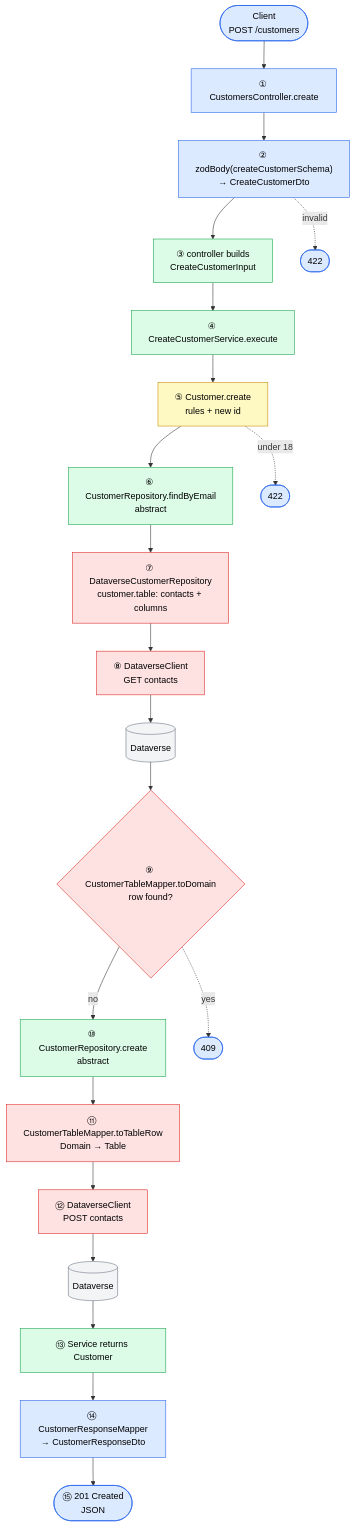
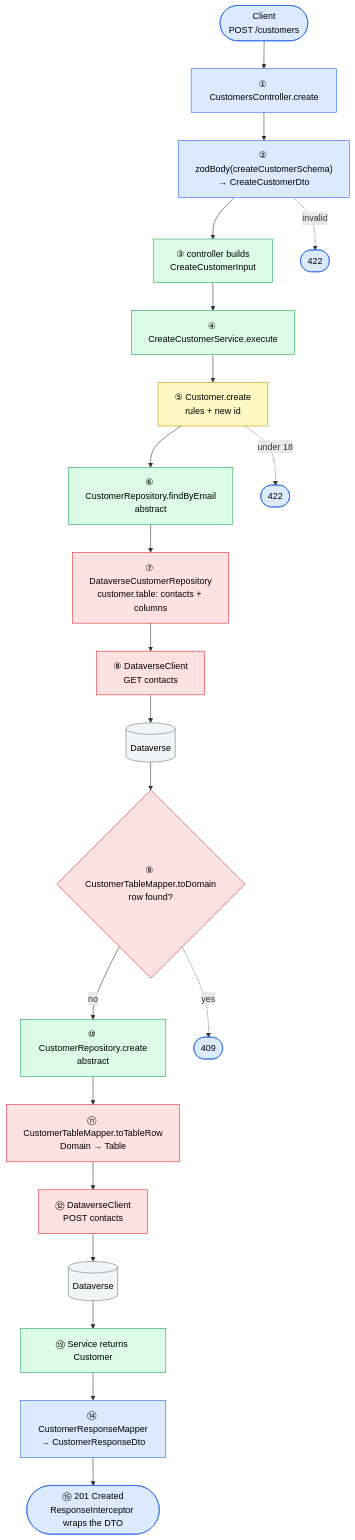
Before and after one commit to ahmed-nasr-ali/PHD_Backend_API_Layer: the first of 4 diagrams in docs/flow.md, drawn with Mermaid. The commit also changed other lines of this file and 48 other files, not shown here.

````diff
--- a/docs/flow.md
+++ b/docs/flow.md
@@ -7,35 +7,35 @@
 ```mermaid
 flowchart TB
     A(["Client<br/>POST /customers"]) --> S1["① CustomersController.create"]
     S1 --> S2["② zodBody(createCustomerSchema)<br/>→ CreateCustomerDto"]
     S2 --> S3["③ controller builds<br/>CreateCustomerInput"]
     S3 --> S4["④ CreateCustomerService.execute"]
     S4 --> S5["⑤ Customer.create<br/>rules + new id"]
     S5 --> S6["⑥ CustomerRepository.findByEmail<br/>abstract"]
     S6 --> S7["⑦ DataverseCustomerRepository<br/>customer.table: contacts + columns"]
     S7 --> S8["⑧ DataverseClient<br/>GET contacts"]
     S8 --> DV1[("Dataverse")]
     DV1 --> S9{"⑨ CustomerTableMapper.toDomain<br/>row found?"}
     S9 -->|no| S10["⑩ CustomerRepository.create<br/>abstract"]
     S10 --> S11["⑪ CustomerTableMapper.toTableRow<br/>Domain → Table"]
     S11 --> S12["⑫ DataverseClient<br/>POST contacts"]
     S12 --> DV2[("Dataverse")]
     DV2 --> S13["⑬ Service returns Customer"]
     S13 --> S14["⑭ CustomerResponseMapper<br/>→ CustomerResponseDto"]
-    S14 --> S15(["⑮ 201 Created<br/>JSON"])
+    S14 --> S15(["⑮ 201 Created<br/>ResponseInterceptor wraps the DTO"])
 
     S2 -.->|invalid| X2(["422"])
     S5 -.->|under 18| X5(["422"])
     S9 -.->|yes| X9(["409"])
 
     classDef pres fill:#dbeafe,stroke:#2563eb,color:#000
     classDef app fill:#dcfce7,stroke:#16a34a,color:#000
     classDef dom fill:#fef9c3,stroke:#ca8a04,color:#000
     classDef infra fill:#fee2e2,stroke:#dc2626,color:#000
     classDef ext fill:#f3f4f6,stroke:#6b7280,color:#000
     class A,S1,S2,S14,S15,X2,X5,X9 pres
     class S3,S4,S6,S10,S13 app
     class S5 dom
     class S7,S8,S9,S11,S12 infra
     class DV1,DV2 ext
 ```
````
